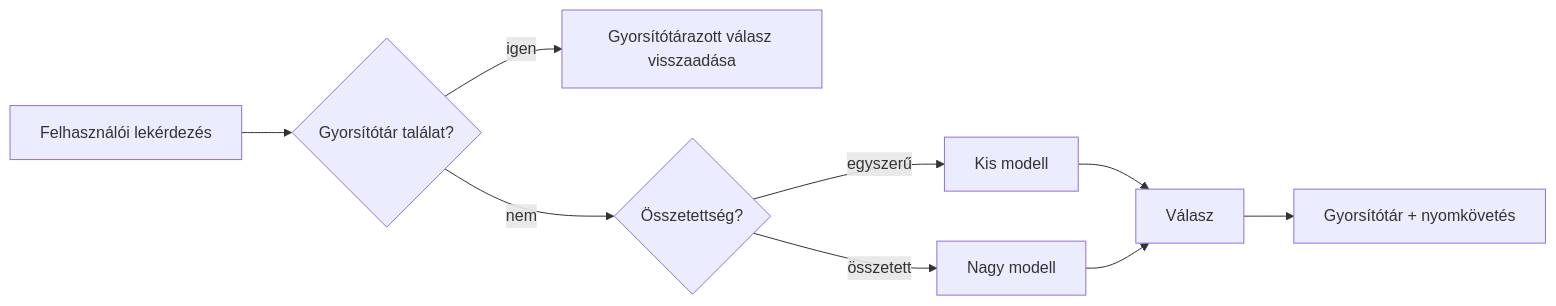
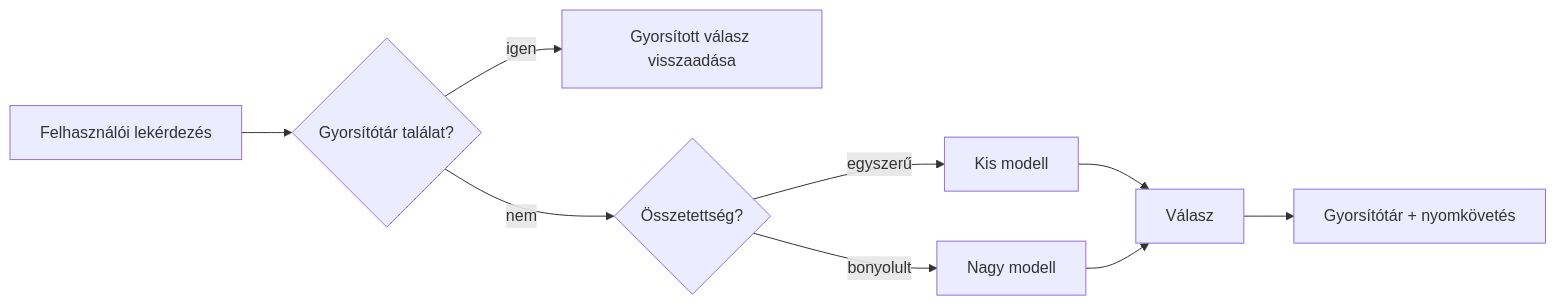
The third of 4 diagrams in mirrors/repos/microsoft@ai-agents-for-beginners/translations/hu/16-deploying-scalable-agents/README.md (gabrielmoreira/agent-skills-mirror), drawn with Mermaid before and after one commit. The commit also changed other lines of this file and 4262 other files, not shown here.

````diff
--- a/mirrors/repos/microsoft@ai-agents-for-beginners/translations/hu/16-deploying-scalable-agents/README.md
+++ b/mirrors/repos/microsoft@ai-agents-for-beginners/translations/hu/16-deploying-scalable-agents/README.md
@@ -134,11 +134,11 @@
 ```mermaid
 flowchart LR
     Q[Felhasználói lekérdezés] --> C{Gyorsítótár találat?}
-    C -->|igen| R[Gyorsítótárazott válasz visszaadása]
+    C -->|igen| R[Gyorsított válasz visszaadása]
     C -->|nem| Router{Összetettség?}
     Router -->|egyszerű| SLM[Kis modell]
-    Router -->|összetett| LLM[Nagy modell]
+    Router -->|bonyolult| LLM[Nagy modell]
     SLM --> Out[Válasz]
     LLM --> Out
     Out --> Store[Gyorsítótár + nyomkövetés]
 ```
````
